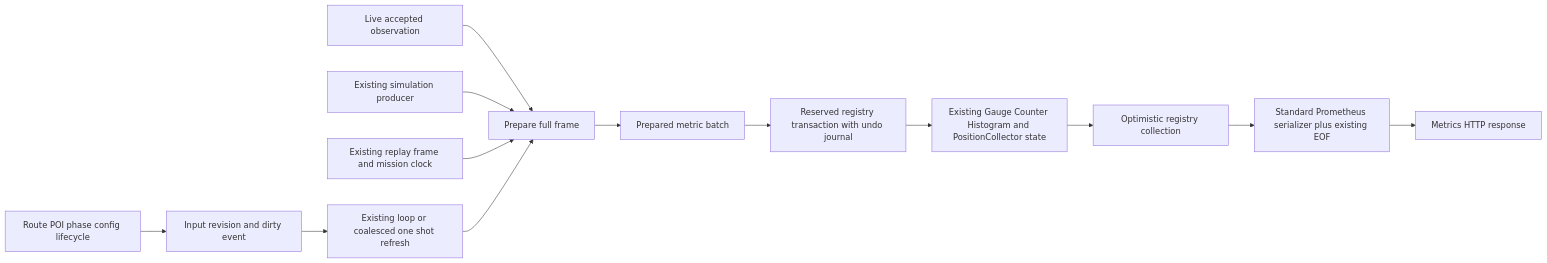
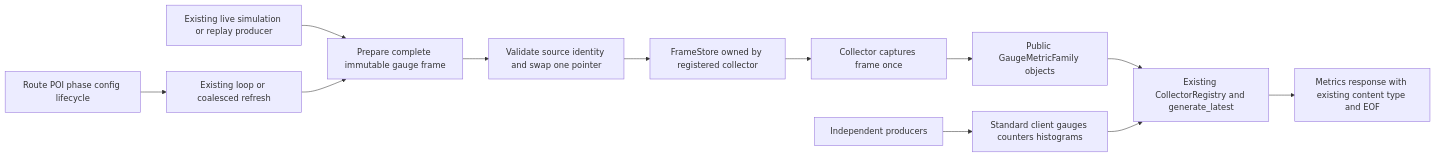
Before and after one commit to bcl1713/starlink-dashboard: the first of 2 diagrams in docs/superpowers/specs/2026-10-21-perf-391-metrics-publication-design.md, drawn with Mermaid. The commit also changed other lines of this file and 6 other files, not shown here.

````diff
--- a/docs/superpowers/specs/2026-10-21-perf-391-metrics-publication-design.md
+++ b/docs/superpowers/specs/2026-10-21-perf-391-metrics-publication-design.md
@@ -40,15 +38,14 @@
 ```mermaid
 flowchart LR
-    L[Live accepted observation] --> P[Prepare full frame]
-    S[Existing simulation producer] --> P
-    R[Existing replay frame and mission clock] --> P
-    I[Route POI phase config lifecycle] --> D[Input revision and dirty event]
-    D --> F[Existing loop or coalesced one shot refresh]
-    F --> P
-    P --> B[Prepared metric batch]
-    B --> C[Reserved registry transaction with undo journal]
-    C --> G[Existing Gauge Counter Histogram and PositionCollector state]
-    G --> V[Optimistic registry collection]
-    V --> E[Standard Prometheus serializer plus existing EOF]
-    E --> H[Metrics HTTP response]
+    O[Existing live simulation or replay producer] --> B[Prepare complete immutable gauge frame]
+    L[Route POI phase config lifecycle] --> R[Existing loop or coalesced refresh]
+    R --> B
+    B --> P[Validate source identity and swap one pointer]
+    P --> F[FrameStore owned by registered collector]
+    F --> C[Collector captures frame once]
+    C --> G[Public GaugeMetricFamily objects]
+    I[Independent producers] --> S[Standard client gauges counters histograms]
+    G --> X[Existing CollectorRegistry and generate_latest]
+    S --> X
+    X --> H[Metrics response with existing content type and EOF]
 ```
````
